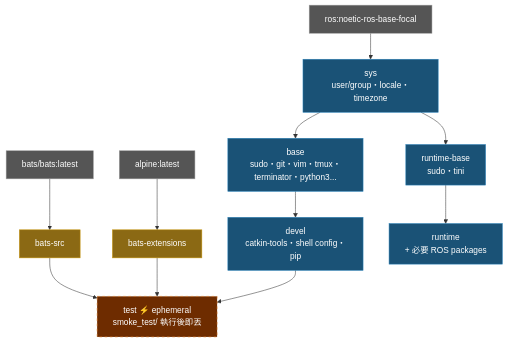
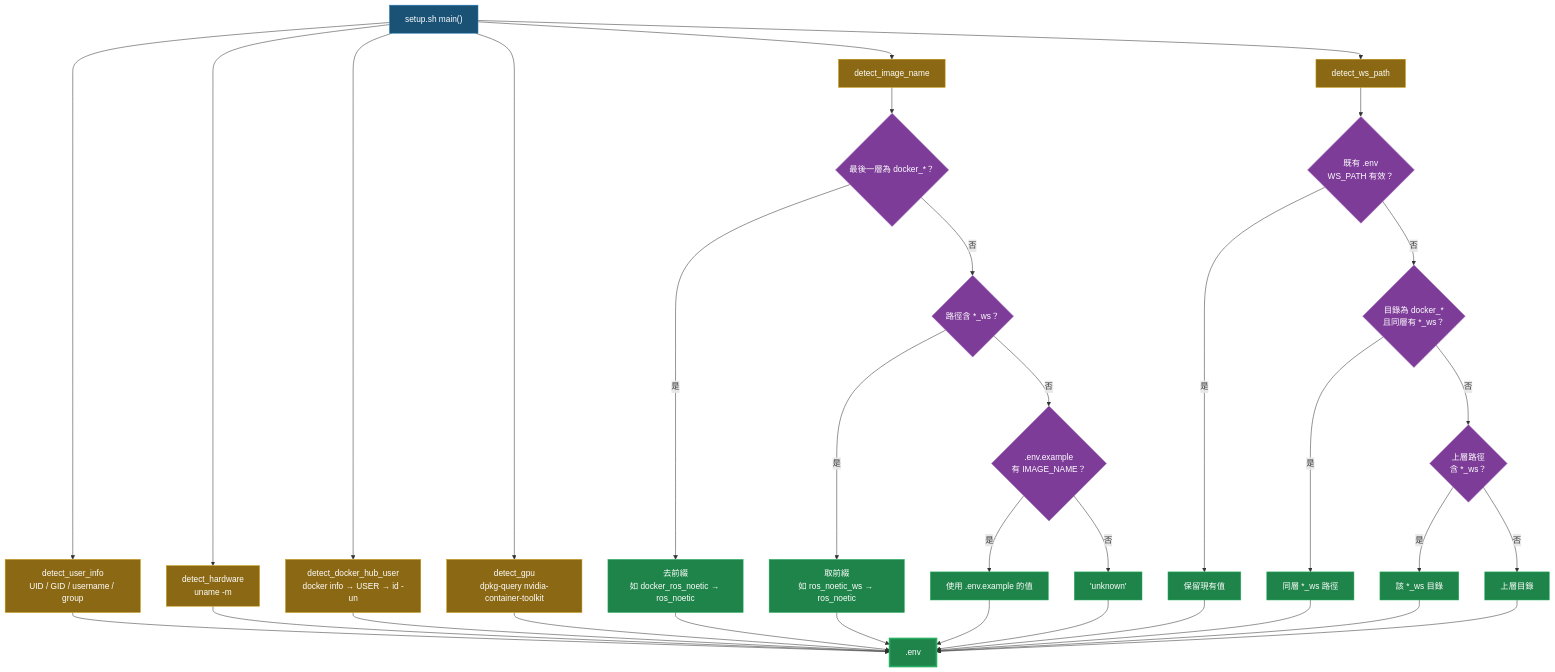
The first of 2 diagrams in doc/README.zh-TW.md (ycpss91255-docker/ros_noetic), drawn with Mermaid before and after one commit. The commit also changed other lines of this file and 47 other files, not shown here.

First line of the commit message:
Squashed 'docker_setup_helper/' changes from ea8a994..4e7b249

````diff
--- a/doc/README.zh-TW.md
+++ b/doc/README.zh-TW.md
@@ -234,26 +272,46 @@
 ```mermaid
 graph TD
-    EXT1["bats/bats:latest"]:::external
-    EXT2["alpine:latest"]:::external
-    EXT3["ros:noetic-ros-base-focal"]:::external
+    A["setup.sh main()"]:::entry
 
-    EXT1 --> bats-src["bats-src"]:::tool
-    EXT2 --> bats-ext["bats-extensions"]:::tool
+    A --> B["detect_user_info\nUID / GID / username / group"]:::detect
+    A --> C["detect_hardware\nuname -m"]:::detect
+    A --> D["detect_docker_hub_user\ndocker info → USER → id -un"]:::detect
+    A --> E["detect_gpu\ndpkg-query nvidia-container-toolkit"]:::detect
+    A --> F["detect_image_name"]:::detect
+    A --> G["detect_ws_path"]:::detect
 
-    EXT3 --> sys["sys\nuser/group・locale・timezone"]:::stage
+    F --> F1{"最後一層為 docker_*？"}:::decision
+    F1 -- "是" --> F1R["去前綴\n如 docker_ros_noetic → ros_noetic"]:::result
+    F1 -- "否" --> F2{"路徑含 *_ws？"}:::decision
+    F2 -- "是" --> F2R["取前綴\n如 ros_noetic_ws → ros_noetic"]:::result
+    F2 -- "否" --> F3{".env.example\n有 IMAGE_NAME？"}:::decision
+    F3 -- "是" --> F3R["使用 .env.example 的值"]:::result
+    F3 -- "否" --> F4R["'unknown'"]:::result
 
-    sys --> base["base\nsudo・git・vim・tmux・terminator・python3..."]:::stage
-    base --> devel["devel\ncatkin-tools・shell config・pip"]:::stage
+    G --> G0{"既有 .env\nWS_PATH 有效？"}:::decision
+    G0 -- "是" --> G0R["保留現有值"]:::result
+    G0 -- "否" --> G1{"目錄為 docker_*\n且同層有 *_ws？"}:::decision
+    G1 -- "是" --> G1R["同層 *_ws 路徑"]:::result
+    G1 -- "否" --> G2{"上層路徑\n含 *_ws？"}:::decision
+    G2 -- "是" --> G2R["該 *_ws 目錄"]:::result
+    G2 -- "否" --> G3R["上層目錄"]:::result
 
-    bats-src --> test["test  ⚡ ephemeral\nsmoke_test/ 執行後即丟"]:::ephemeral
-    bats-ext --> test
-    devel --> test
+    B --> H[".env"]:::output
+    C --> H
+    D --> H
+    E --> H
+    F1R --> H
+    F2R --> H
+    F3R --> H
+    F4R --> H
+    G0R --> H
+    G1R --> H
+    G2R --> H
+    G3R --> H
 
-    sys --> runtime-base["runtime-base\nsudo・tini"]:::stage
-    runtime-base --> runtime["runtime\n+ 必要 ROS packages"]:::stage
-
-    classDef external fill:#555,color:#fff,stroke:#999
-    classDef tool fill:#8B6914,color:#fff,stroke:#c8960c
-    classDef stage fill:#1a5276,color:#fff,stroke:#2980b9
-    classDef ephemeral fill:#6e2c00,color:#fff,stroke:#e67e22,stroke-dasharray:5 5
+    classDef entry fill:#1a5276,color:#fff,stroke:#2980b9
+    classDef detect fill:#8B6914,color:#fff,stroke:#c8960c
+    classDef decision fill:#7d3c98,color:#fff,stroke:#a569bd
+    classDef result fill:#1e8449,color:#fff,stroke:#27ae60
+    classDef output fill:#1e8449,color:#fff,stroke:#27ae60,stroke-width:3px
 ```
````
